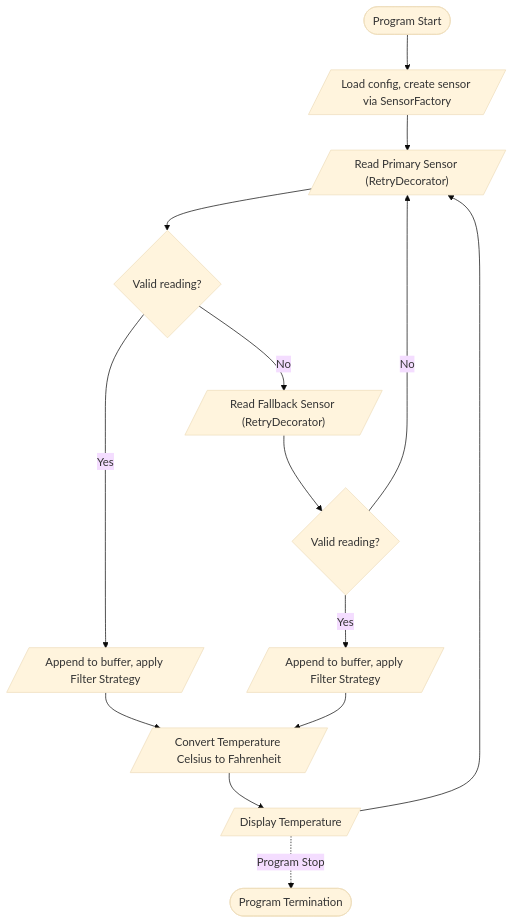
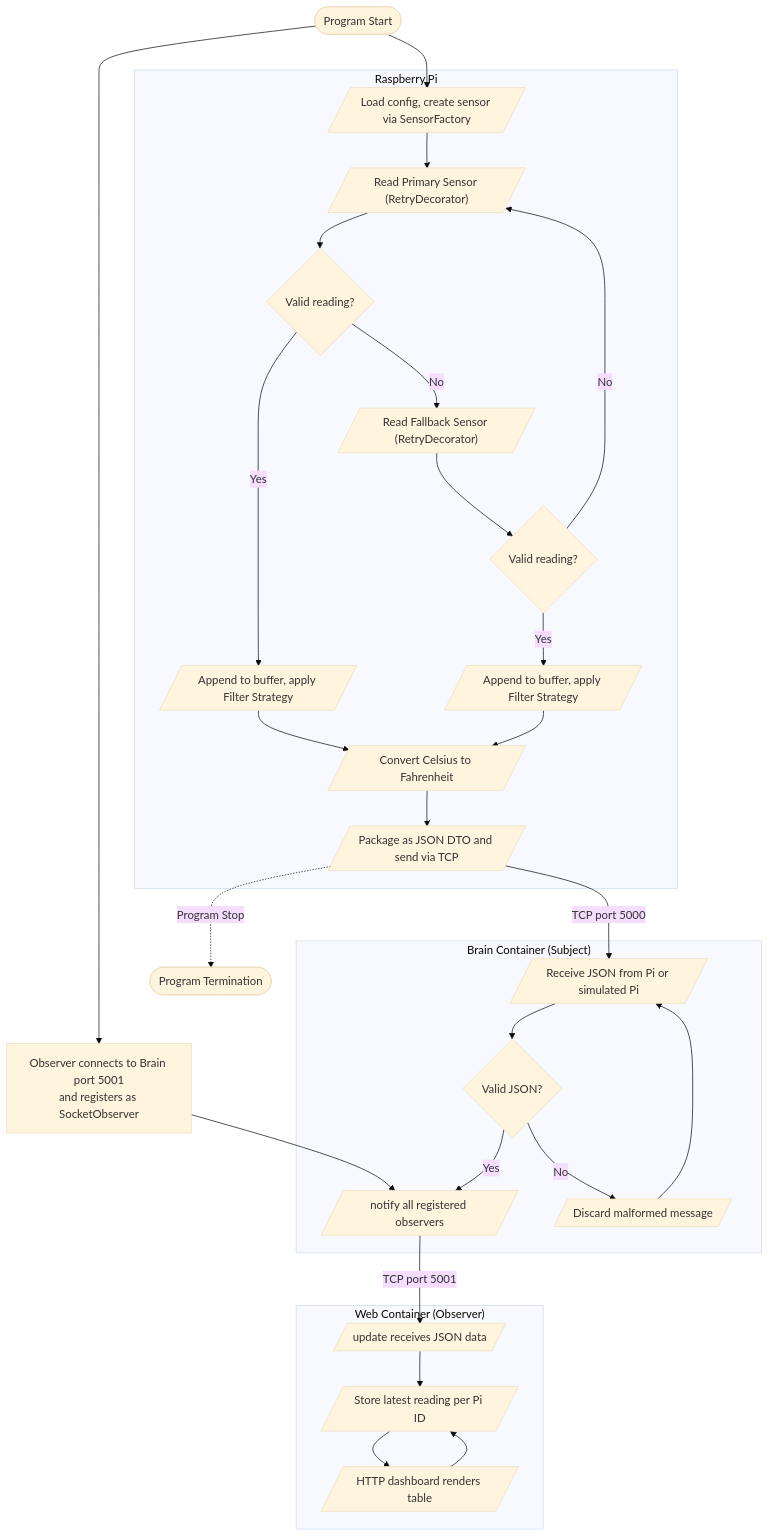
Before and after one commit to ethanDavison/427-P1-Adapter: the diagram in Diagrams/activityDiagram.md, drawn with Mermaid (base theme). The commit also changed 15 other files, not shown here.

Commit message:
README for docker compelted & diagrams

````diff
--- a/Diagrams/activityDiagram.md
+++ b/Diagrams/activityDiagram.md
@@ -1,29 +1,61 @@
 ```mermaid
 flowchart TD
 
 start([Program Start])
-A1[/"Load config, create sensor via SensorFactory"/]
-A2[/"Read Primary Sensor (RetryDecorator)"/]
-D1{Valid reading?}
-S1[/"Append to buffer, apply Filter Strategy"/]
-A4[/"Read Fallback Sensor (RetryDecorator)"/]
-D2{Valid reading?}
-S2[/"Append to buffer, apply Filter Strategy"/]
-A3[/"Convert Temperature Celsius to Fahrenheit"/]
-A5[/"Display Temperature"/]
+
+subgraph PI ["Raspberry Pi"]
+  A1[/"Load config, create sensor via SensorFactory"/]
+  A2[/"Read Primary Sensor (RetryDecorator)"/]
+  D1{Valid reading?}
+  S1[/"Append to buffer, apply Filter Strategy"/]
+  A4[/"Read Fallback Sensor (RetryDecorator)"/]
+  D2{Valid reading?}
+  S2[/"Append to buffer, apply Filter Strategy"/]
+  A3[/"Convert Celsius to Fahrenheit"/]
+  SEND[/"Package as JSON DTO and send via TCP"/]
+end
+
+subgraph BRAIN ["Brain Container (Subject)"]
+  RECV[/"Receive JSON from Pi or simulated Pi"/]
+  PARSE{Valid JSON?}
+  NOTIFY[/"notify all registered observers"/]
+  DISCARD[/"Discard malformed message"/]
+end
+
+subgraph WEB ["Web Container (Observer)"]
+  UPDATE[/"update receives JSON data"/]
+  STORE[/"Store latest reading per Pi ID"/]
+  DISPLAY[/"HTTP dashboard renders table"/]
+end
+
+CONNPI["Observer connects to Brain port 5001\nand registers as SocketObserver"]
 stop([Program Termination])
 
 start --> A1
+start --> CONNPI
+CONNPI --> NOTIFY
+
 A1 --> A2
 A2 --> D1
 D1 -- Yes --> S1
 D1 -- No --> A4
 S1 --> A3
 A4 --> D2
 D2 -- Yes --> S2
 D2 -- No --> A2
 S2 --> A3
-A3 --> A5
-A5 --> A2
-A5 -. Program Stop .-> stop
+A3 --> SEND
+
+SEND -->|TCP port 5000| RECV
+RECV --> PARSE
+PARSE -- Yes --> NOTIFY
+PARSE -- No --> DISCARD
+DISCARD --> RECV
+
+NOTIFY -->|TCP port 5001| UPDATE
+UPDATE --> STORE
+STORE --> DISPLAY
+DISPLAY --> STORE
+
+SEND -. Program Stop .-> stop
 ```
````
